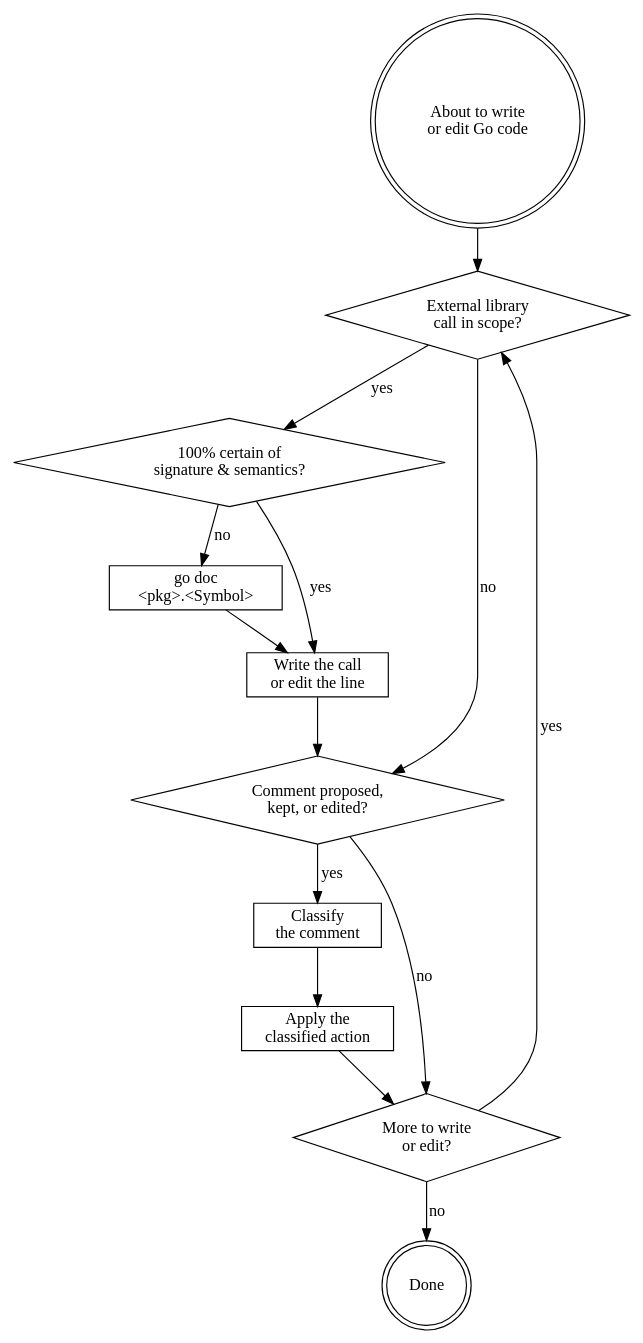
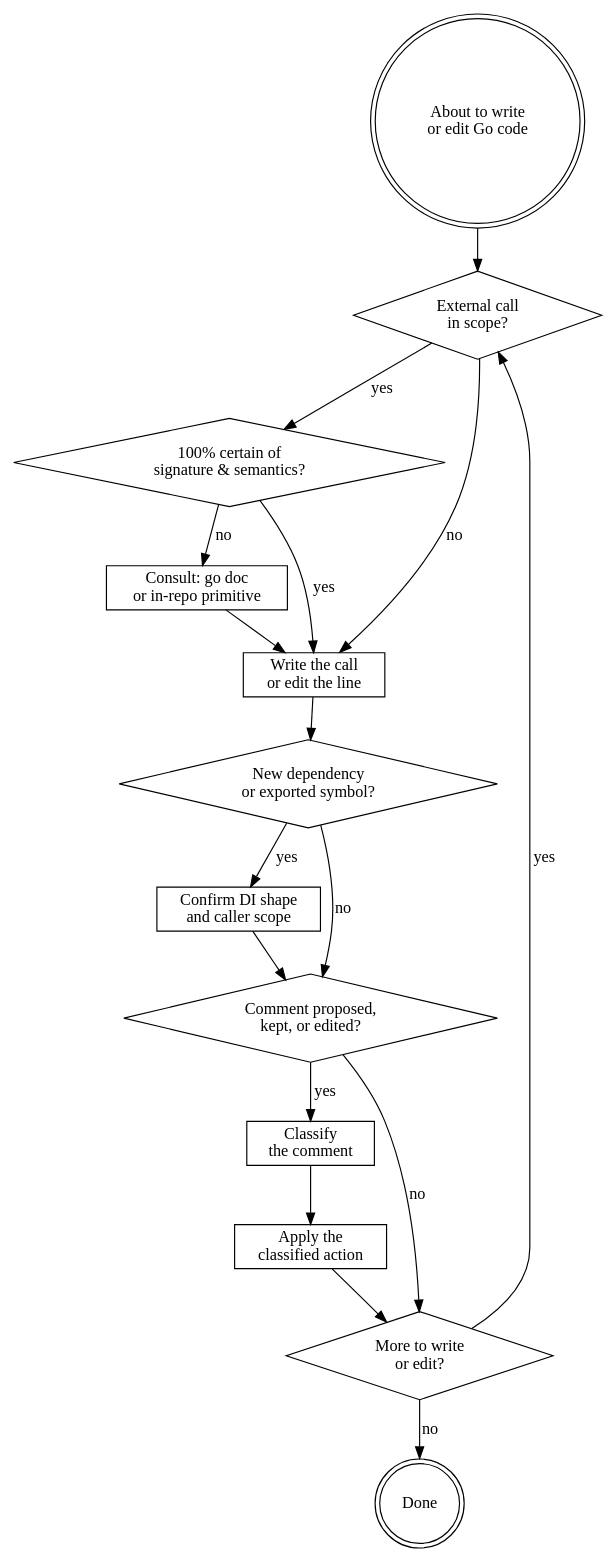
The diagram in .claude/skills/writing-go-code/SKILL.md (it-bens/cc-port), drawn with Graphviz before and after one commit. The commit also changed other lines of this file and 16 other files, not shown here.

````diff
--- a/.claude/skills/writing-go-code/SKILL.md
+++ b/.claude/skills/writing-go-code/SKILL.md
@@ -10,28 +10,33 @@
 ```dot
 digraph go_code_workflow {
     entry [shape=doublecircle, label="About to write\nor edit Go code"];
-    call_decision [shape=diamond, label="External library\ncall in scope?"];
+    call_decision [shape=diamond, label="External call\nin scope?"];
     certain [shape=diamond, label="100% certain of\nsignature & semantics?"];
-    consult [shape=box, label="go doc\n<pkg>.<Symbol>"];
+    consult [shape=box, label="Consult: go doc\nor in-repo primitive"];
     write [shape=box, label="Write the call\nor edit the line"];
+    surface_decision [shape=diamond, label="New dependency\nor exported symbol?"];
+    surface_check [shape=box, label="Confirm DI shape\nand caller scope"];
     comment_decision [shape=diamond, label="Comment proposed,\nkept, or edited?"];
     classify [shape=box, label="Classify\nthe comment"];
     apply [shape=box, label="Apply the\nclassified action"];
     more [shape=diamond, label="More to write\nor edit?"];
     done [shape=doublecircle, label="Done"];
 
     entry -> call_decision;
     call_decision -> certain [label="yes"];
-    call_decision -> comment_decision [label="no"];
+    call_decision -> write [label="no"];
     certain -> write [label="yes"];
     certain -> consult [label="no"];
     consult -> write;
-    write -> comment_decision;
+    write -> surface_decision;
+    surface_decision -> surface_check [label="yes"];
+    surface_decision -> comment_decision [label="no"];
+    surface_check -> comment_decision;
     comment_decision -> classify [label="yes"];
     comment_decision -> more [label="no"];
     classify -> apply;
     apply -> more;
     more -> call_decision [label="yes"];
     more -> done [label="no"];
 }
 ```
````
